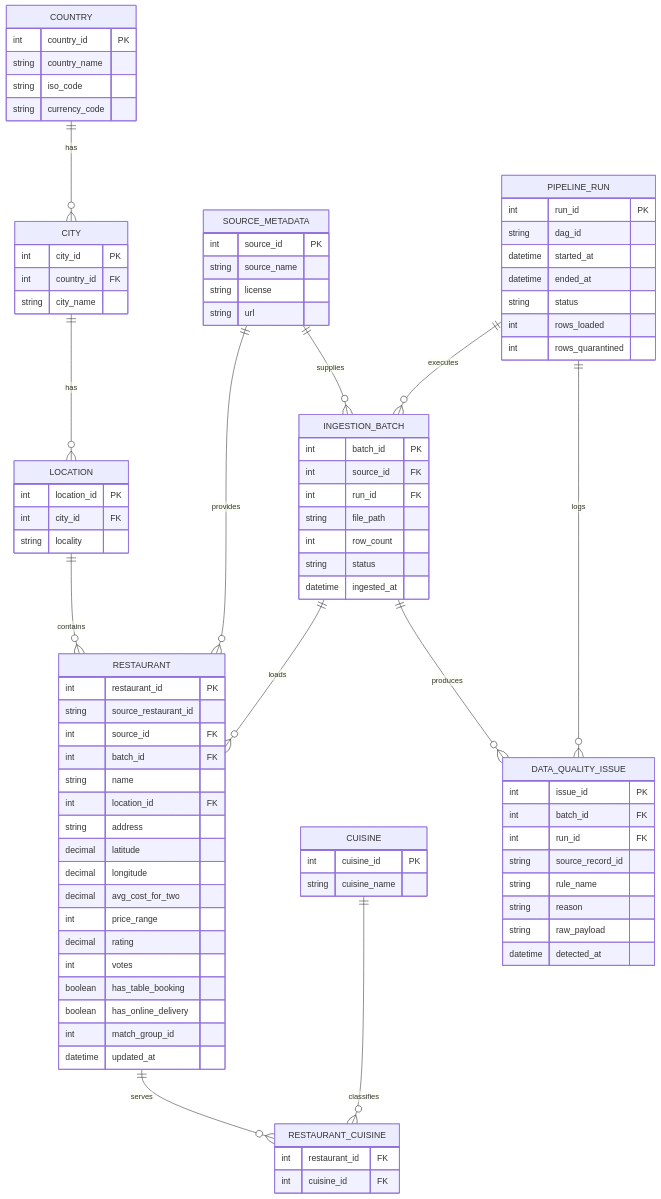
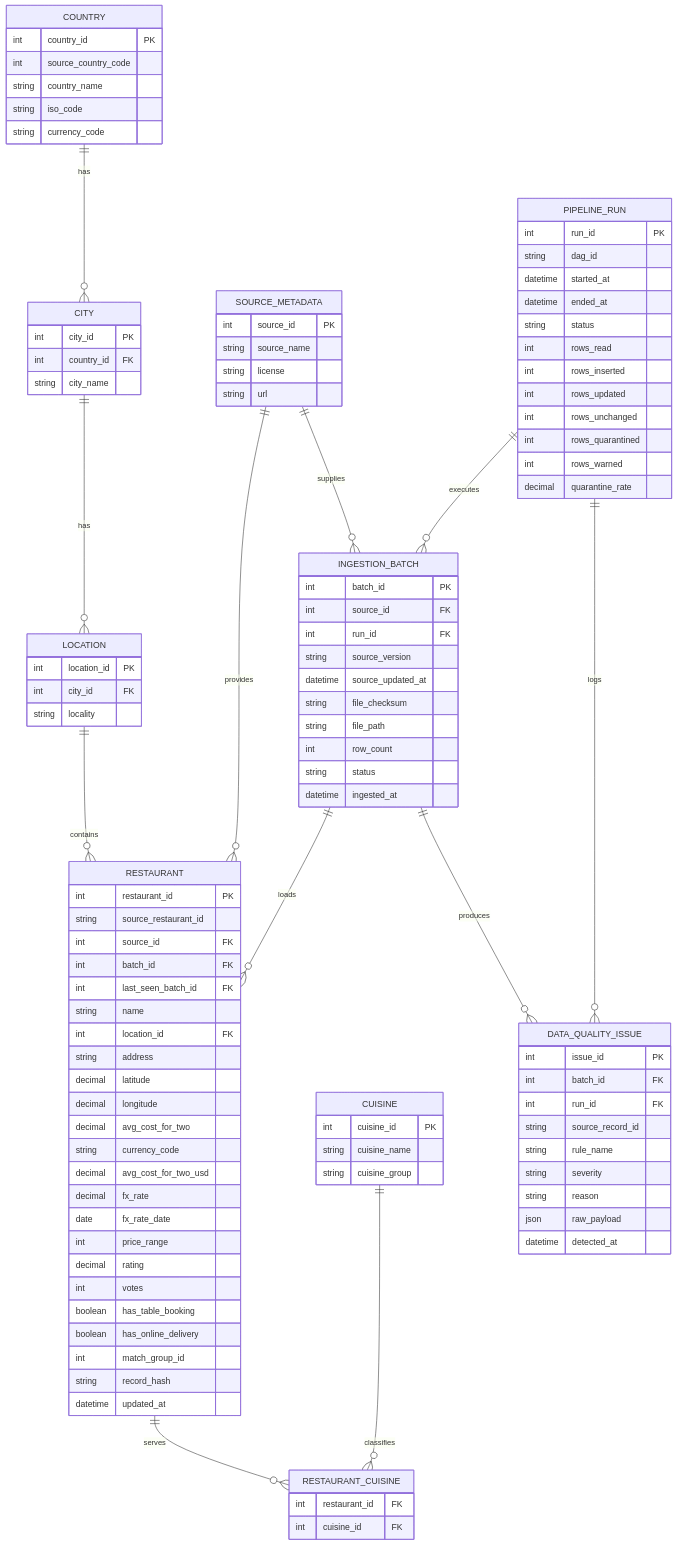
The sixth of 9 diagrams in docs/ARCHITECTURE.md (Ziad17-Ai/Global-Restaurant-Explorer-), drawn with Mermaid before and after one commit. The commit also changed other lines of this file and 7 other files, not shown here.

Commit message:
docs(docs): align core architecture, srs, style, and agent guide

```diff
--- a/docs/ARCHITECTURE.md
+++ b/docs/ARCHITECTURE.md
@@ -150,6 +207,7 @@
 erDiagram
     COUNTRY {
         int country_id PK
+        int source_country_code
         string country_name
         string iso_code
         string currency_code
@@ -169,23 +227,30 @@
         string source_restaurant_id
         int source_id FK
         int batch_id FK
+        int last_seen_batch_id FK
         string name
         int location_id FK
         string address
         decimal latitude
         decimal longitude
         decimal avg_cost_for_two
+        string currency_code
+        decimal avg_cost_for_two_usd
+        decimal fx_rate
+        date fx_rate_date
         int price_range
         decimal rating
         int votes
         boolean has_table_booking
         boolean has_online_delivery
         int match_group_id
+        string record_hash
         datetime updated_at
     }
     CUISINE {
         int cuisine_id PK
         string cuisine_name
+        string cuisine_group
     }
     RESTAURANT_CUISINE {
         int restaurant_id FK
@@ -201,6 +266,9 @@
         int batch_id PK
         int source_id FK
         int run_id FK
+        string source_version
+        datetime source_updated_at
+        string file_checksum
         string file_path
         int row_count
         string status
@@ -212,8 +280,13 @@
         datetime started_at
         datetime ended_at
         string status
-        int rows_loaded
+        int rows_read
+        int rows_inserted
+        int rows_updated
+        int rows_unchanged
         int rows_quarantined
+        int rows_warned
+        decimal quarantine_rate
     }
     DATA_QUALITY_ISSUE {
         int issue_id PK
@@ -221,8 +294,9 @@
         int run_id FK
         string source_record_id
         string rule_name
+        string severity
         string reason
-        string raw_payload
+        json raw_payload
         datetime detected_at
     }
     COUNTRY ||--o{ CITY : has
```
